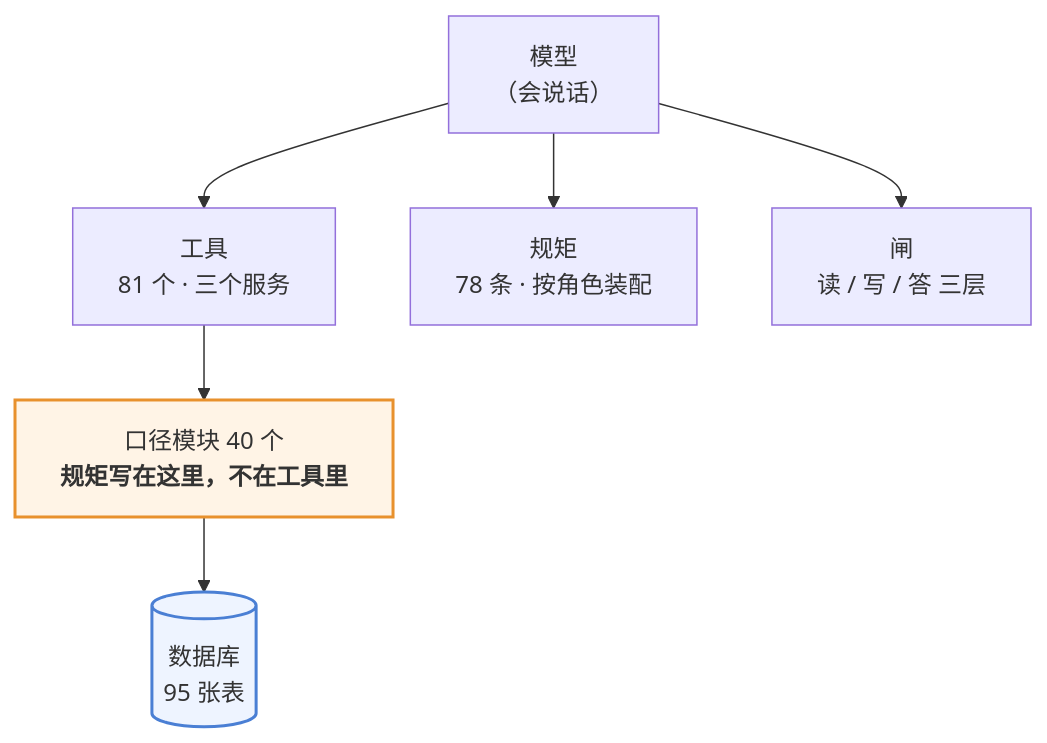
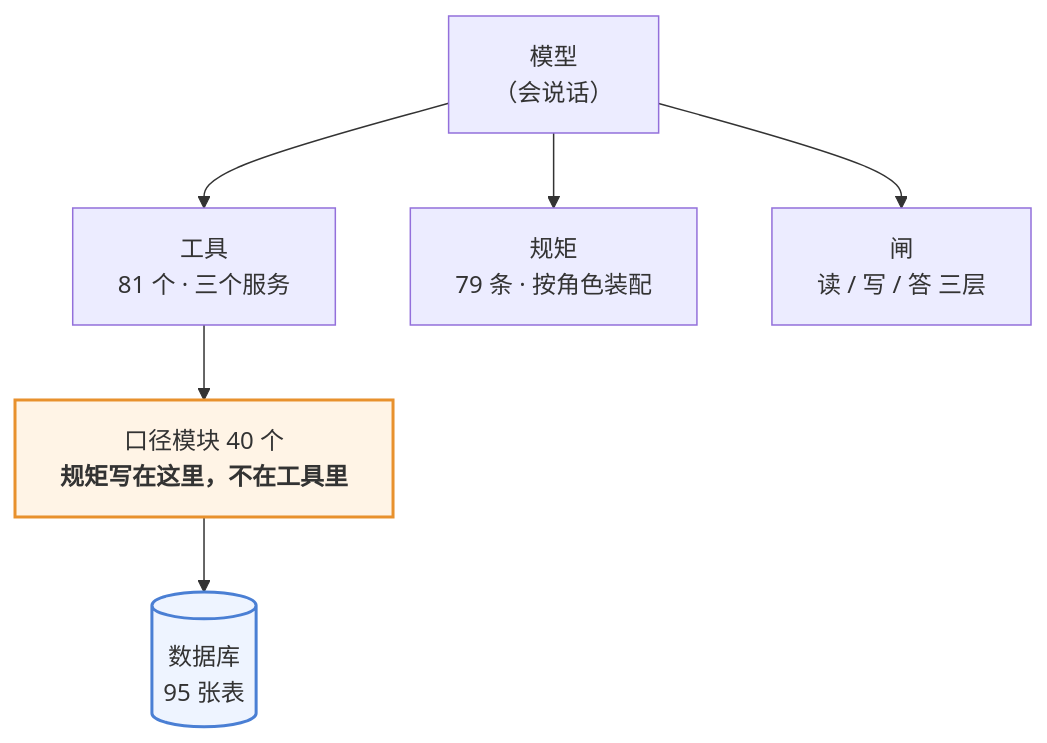
The first of 3 diagrams in 澜绣云裳agent-产品说明.md (843773296-rgb/lanxiu-yunshang-agent), drawn with Mermaid before and after one commit. The commit also changed 14 other files, not shown here.

````diff
--- a/澜绣云裳agent-产品说明.md
+++ b/澜绣云裳agent-产品说明.md
@@ -62,12 +62,12 @@
 ```mermaid
 flowchart TD
     M["模型<br/>（会说话）"]
     M --> T["工具<br/>81 个 · 三个服务"]
-    M --> R["规矩<br/>78 条 · 按角色装配"]
+    M --> R["规矩<br/>79 条 · 按角色装配"]
     M --> G["闸<br/>读 / 写 / 答 三层"]
     T --> K["口径模块 40 个<br/><b>规矩写在这里，不在工具里</b>"]
     K --> DB[("数据库<br/>95 张表")]
 
     style K fill:#fff4e6,stroke:#e8912d,stroke-width:2px
     style DB fill:#eef4ff,stroke:#4a7fd4,stroke-width:2px
 ```
````
